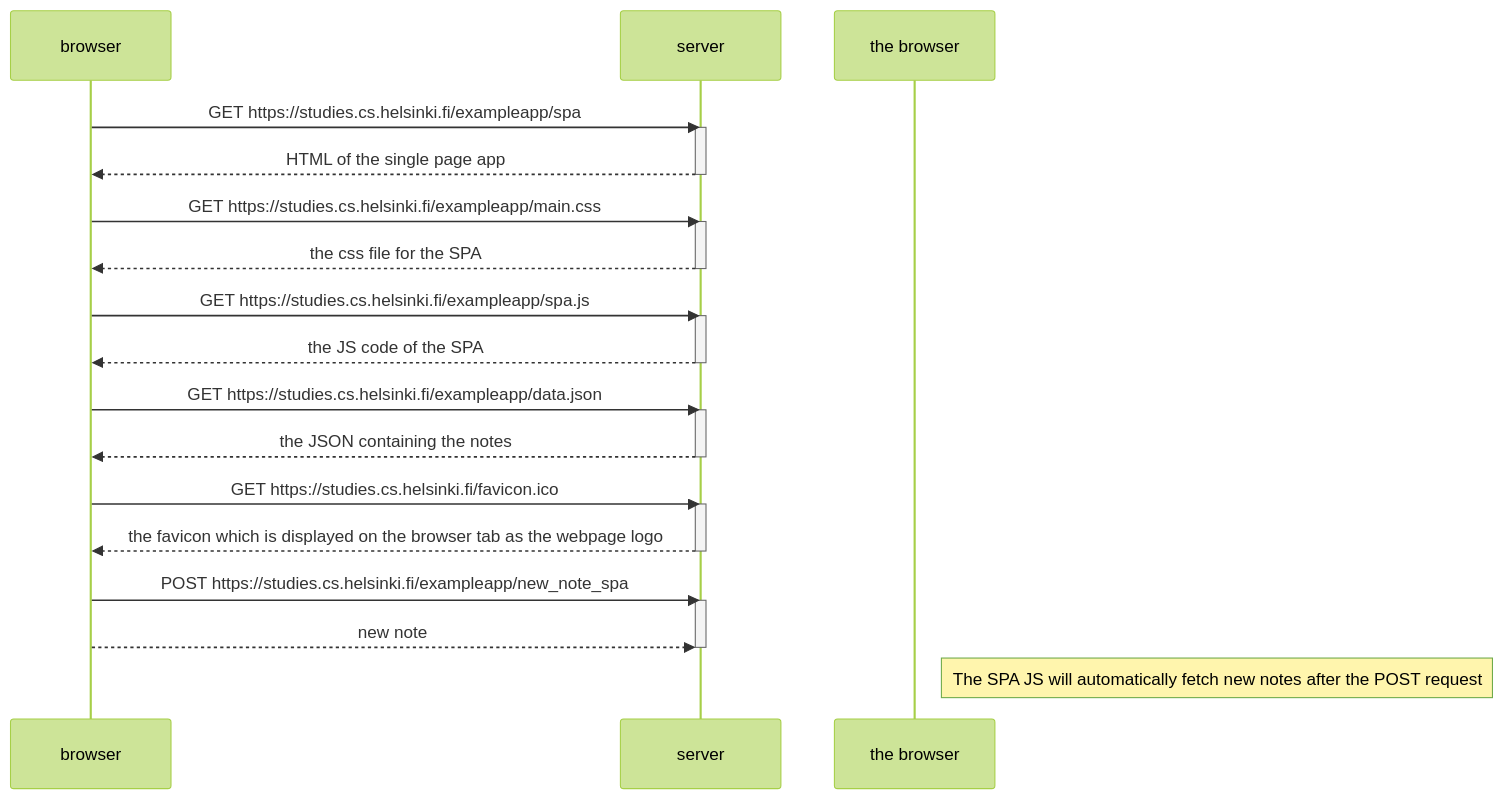
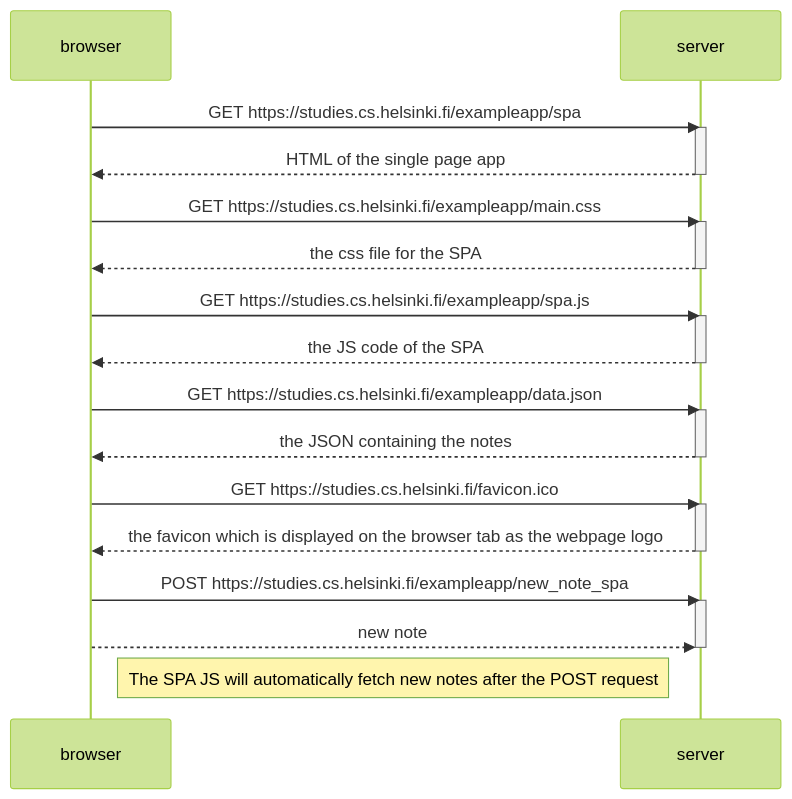
One commit to ali-eser/fullstackopen changed the diagram in part0/spa_new_note_diagram.md. Above: the diagram before and after it, drawn with Mermaid (forest theme).

````diff
--- a/part0/spa_new_note_diagram.md
+++ b/part0/spa_new_note_diagram.md
@@ -1,37 +1,37 @@
 ```mermaid
 sequenceDiagram
     participant browser
     participant server
 
     browser->>server: GET https://studies.cs.helsinki.fi/exampleapp/spa
     activate server
     server-->>browser: HTML of the single page app
     deactivate server
 
     browser->>server: GET https://studies.cs.helsinki.fi/exampleapp/main.css
     activate server
     server-->>browser: the css file for the SPA
     deactivate server
 
     browser->>server: GET https://studies.cs.helsinki.fi/exampleapp/spa.js
     activate server
     server-->>browser: the JS code of the SPA
     deactivate server
 
     browser->>server: GET https://studies.cs.helsinki.fi/exampleapp/data.json
     activate server
     server-->>browser: the JSON containing the notes
     deactivate server
 
     browser->>server: GET https://studies.cs.helsinki.fi/favicon.ico
     activate server
     server-->>browser: the favicon which is displayed on the browser tab as the webpage logo
     deactivate server
 
     browser->>server: POST https://studies.cs.helsinki.fi/exampleapp/new_note_spa
     activate server
     browser-->>server: new note
     deactivate server
 
-    Note right of the browser: The SPA JS will automatically fetch new notes after the POST request
+    Note right of browser: The SPA JS will automatically fetch new notes after the POST request
 ```
````
